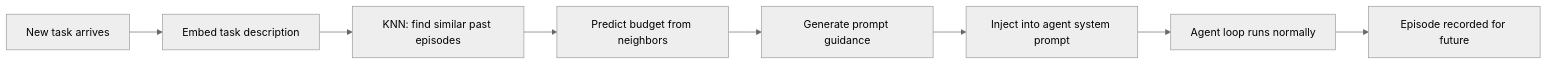
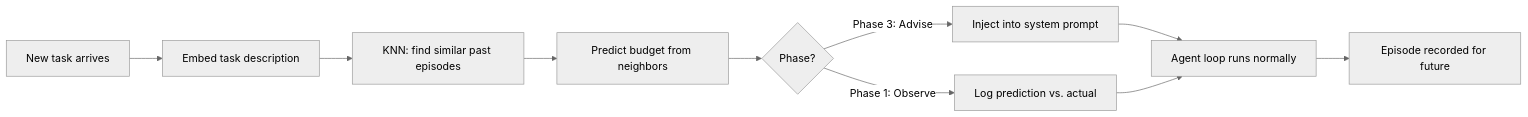
The diagram in README.md (monbishnoi/loop-pilot), drawn with Mermaid (neutral theme) before and after one commit. The commit also changed other lines of this file, not shown here.

First line of the commit message:
Reposition as phased experiment — Phase 1 (observe), Phase 2 (validate), Phase 3 (advise)

````diff
--- a/README.md
+++ b/README.md
@@ -37,10 +125,12 @@
 ```mermaid
 flowchart LR
   A["New task arrives"] --> B["Embed task description"]
   B --> C["KNN: find similar past episodes"]
   C --> D["Predict budget from neighbors"]
-  D --> E["Generate prompt guidance"]
-  E --> F["Inject into agent system prompt"]
-  F --> G["Agent loop runs normally"]
-  G --> H["Episode recorded for future"]
+  D --> E{Phase?}
+  E -->|"Phase 1: Observe"| F["Log prediction vs. actual"]
+  E -->|"Phase 3: Advise"| G["Inject into system prompt"]
+  G --> H["Agent loop runs normally"]
+  H --> I["Episode recorded for future"]
+  F --> H
 ```
````
